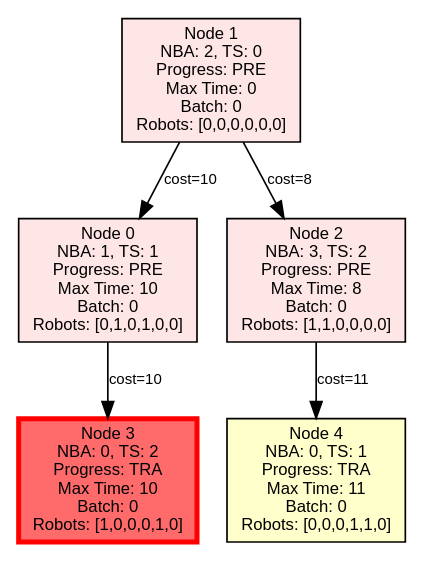
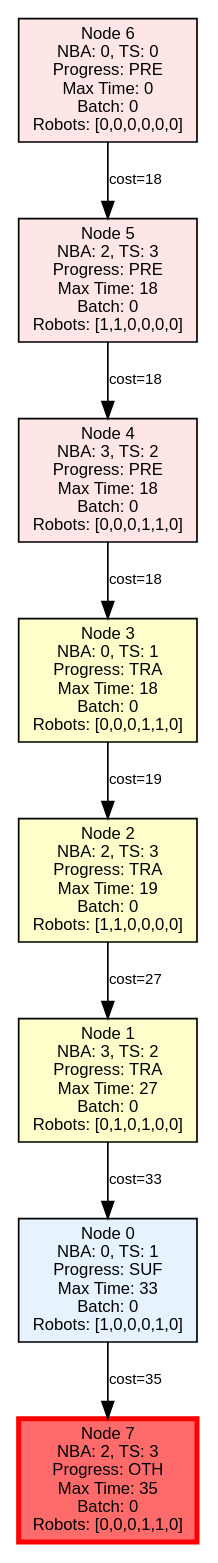
Before and after one commit to jrourke48/HMRTA_TS_GENERATION: the diagram in MCTB-PDT/output/planning_tree.dot, drawn with Graphviz. The commit also changed 16 other files, not shown here.

```diff
--- a/MCTB-PDT/output/planning_tree.dot
+++ b/MCTB-PDT/output/planning_tree.dot
@@ -1,16 +1,22 @@
 digraph PlanningTree {
   rankdir=TB;
   node [shape=box, style=filled, fontname=Arial, fontsize=10];
   edge [fontname=Arial, fontsize=9];
 
-  node_0 [label="Node 0\nNBA: 1, TS: 1\nProgress: PRE\nMax Time: 10\nBatch: 0\nRobots: [0,1,0,1,0,0]", fillcolor="#FFE6E6"];
-  node_1 [label="Node 1\nNBA: 2, TS: 0\nProgress: PRE\nMax Time: 0\nBatch: 0\nRobots: [0,0,0,0,0,0]", fillcolor="#FFE6E6"];
-  node_2 [label="Node 2\nNBA: 3, TS: 2\nProgress: PRE\nMax Time: 8\nBatch: 0\nRobots: [1,1,0,0,0,0]", fillcolor="#FFE6E6"];
-  node_3 [label="Node 3\nNBA: 0, TS: 2\nProgress: TRA\nMax Time: 10\nBatch: 0\nRobots: [1,0,0,0,1,0]", fillcolor="#FF6B6B", penwidth=3, color=red];
-  node_4 [label="Node 4\nNBA: 0, TS: 1\nProgress: TRA\nMax Time: 11\nBatch: 0\nRobots: [0,0,0,1,1,0]", fillcolor="#FFFFCC"];
+  node_0 [label="Node 0\nNBA: 0, TS: 1\nProgress: SUF\nMax Time: 33\nBatch: 0\nRobots: [1,0,0,0,1,0]", fillcolor="#E6F3FF"];
+  node_1 [label="Node 1\nNBA: 3, TS: 2\nProgress: TRA\nMax Time: 27\nBatch: 0\nRobots: [0,1,0,1,0,0]", fillcolor="#FFFFCC"];
+  node_2 [label="Node 2\nNBA: 2, TS: 3\nProgress: TRA\nMax Time: 19\nBatch: 0\nRobots: [1,1,0,0,0,0]", fillcolor="#FFFFCC"];
+  node_3 [label="Node 3\nNBA: 0, TS: 1\nProgress: TRA\nMax Time: 18\nBatch: 0\nRobots: [0,0,0,1,1,0]", fillcolor="#FFFFCC"];
+  node_4 [label="Node 4\nNBA: 3, TS: 2\nProgress: PRE\nMax Time: 18\nBatch: 0\nRobots: [0,0,0,1,1,0]", fillcolor="#FFE6E6"];
+  node_5 [label="Node 5\nNBA: 2, TS: 3\nProgress: PRE\nMax Time: 18\nBatch: 0\nRobots: [1,1,0,0,0,0]", fillcolor="#FFE6E6"];
+  node_6 [label="Node 6\nNBA: 0, TS: 0\nProgress: PRE\nMax Time: 0\nBatch: 0\nRobots: [0,0,0,0,0,0]", fillcolor="#FFE6E6"];
+  node_7 [label="Node 7\nNBA: 2, TS: 3\nProgress: OTH\nMax Time: 35\nBatch: 0\nRobots: [0,0,0,1,1,0]", fillcolor="#FF6B6B", penwidth=3, color=red];
 
-  node_0 -> node_3 [label="cost=10"];
-  node_1 -> node_0 [label="cost=10"];
-  node_1 -> node_2 [label="cost=8"];
-  node_2 -> node_4 [label="cost=11"];
+  node_0 -> node_7 [label="cost=35"];
+  node_1 -> node_0 [label="cost=33"];
+  node_2 -> node_1 [label="cost=27"];
+  node_3 -> node_2 [label="cost=19"];
+  node_4 -> node_3 [label="cost=18"];
+  node_5 -> node_4 [label="cost=18"];
+  node_6 -> node_5 [label="cost=18"];
 }
```
